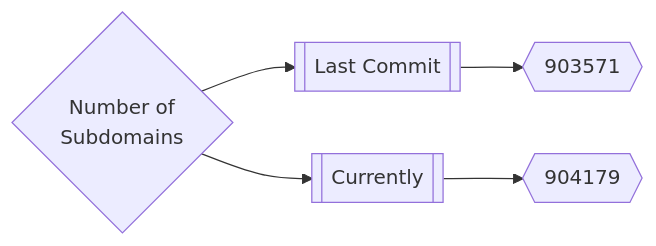
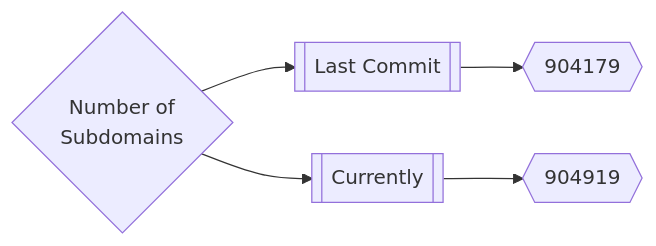
One commit to trickest/inventory changed the first of 3 diagrams in README.md. Above: the diagram before and after it, drawn with Mermaid. The commit also changed other lines of this file, not shown here.

Commit message:
Update README.md Thu Jul 14 21:10:01 UTC 2022

````diff
--- a/README.md
+++ b/README.md
@@ -167,5 +167,5 @@
 ```mermaid
 graph LR
-title{Number of<br>Subdomains} --> subdomainsDate1[[Last Commit]] --> subdomainsNum1{{903571}}
-title --> subdomainsDate2[[Currently]] --> subdomainsNum2{{904179}}
+title{Number of<br>Subdomains} --> subdomainsDate1[[Last Commit]] --> subdomainsNum1{{904179}}
+title --> subdomainsDate2[[Currently]] --> subdomainsNum2{{904919}}
 ```
````
